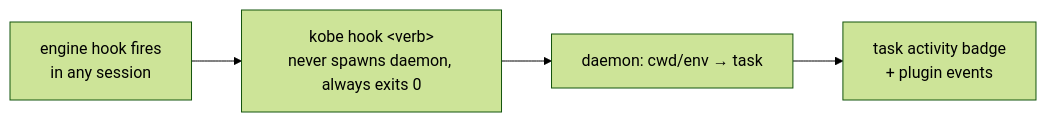
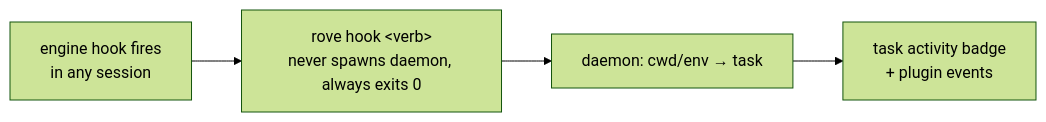
Before and after one commit to Sma1lboy/rove: the diagram in docs/design/engine-internals.md, drawn with Mermaid (forest theme). The commit also changed other lines of this file and 198 other files, not shown here.

````diff
--- a/docs/design/engine-internals.md
+++ b/docs/design/engine-internals.md
@@ -61,6 +61,6 @@
 ```mermaid
 flowchart LR
-    A[engine hook fires<br/>in any session] --> B[kobe hook &lt;verb&gt;<br/>never spawns daemon, always exits 0]
+    A[engine hook fires<br/>in any session] --> B[rove hook &lt;verb&gt;<br/>never spawns daemon, always exits 0]
     B --> C[daemon: cwd/env → task]
     C --> D[task activity badge<br/>+ plugin events]
 ```
````
